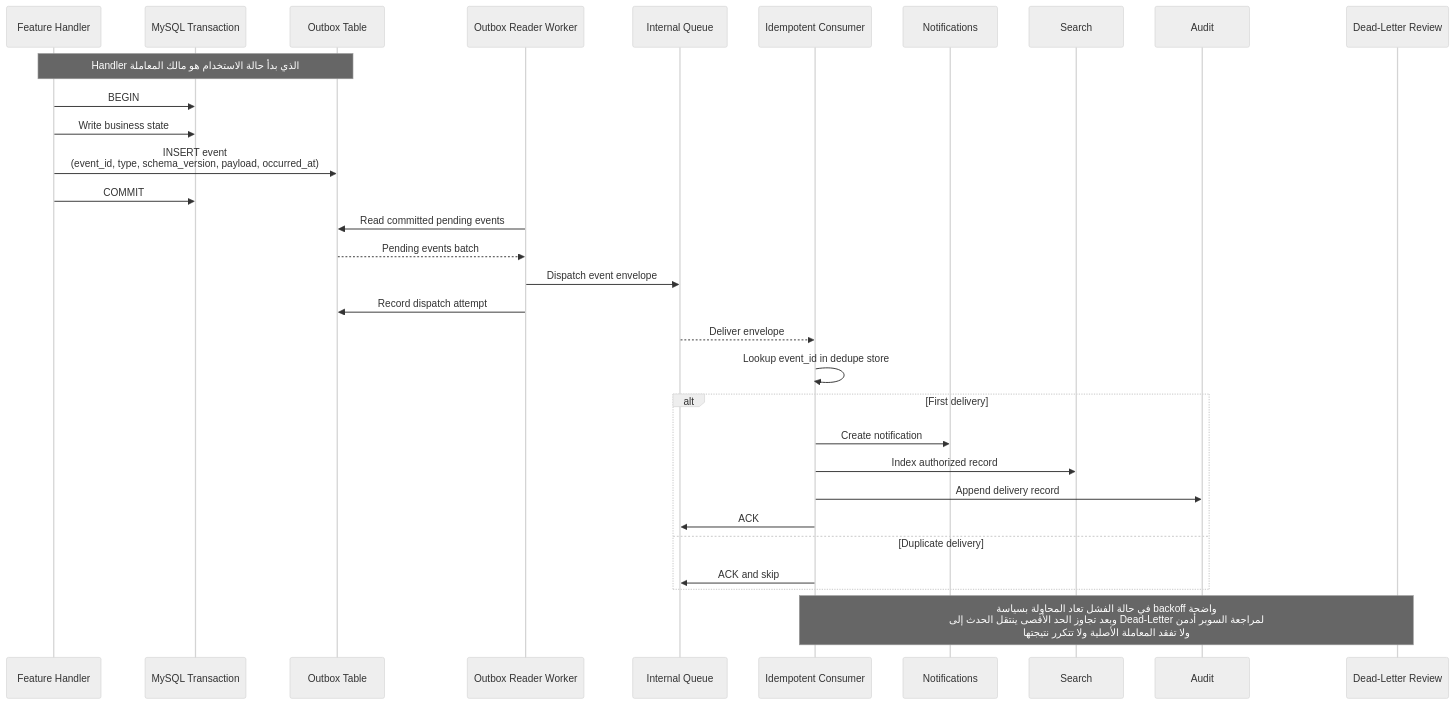
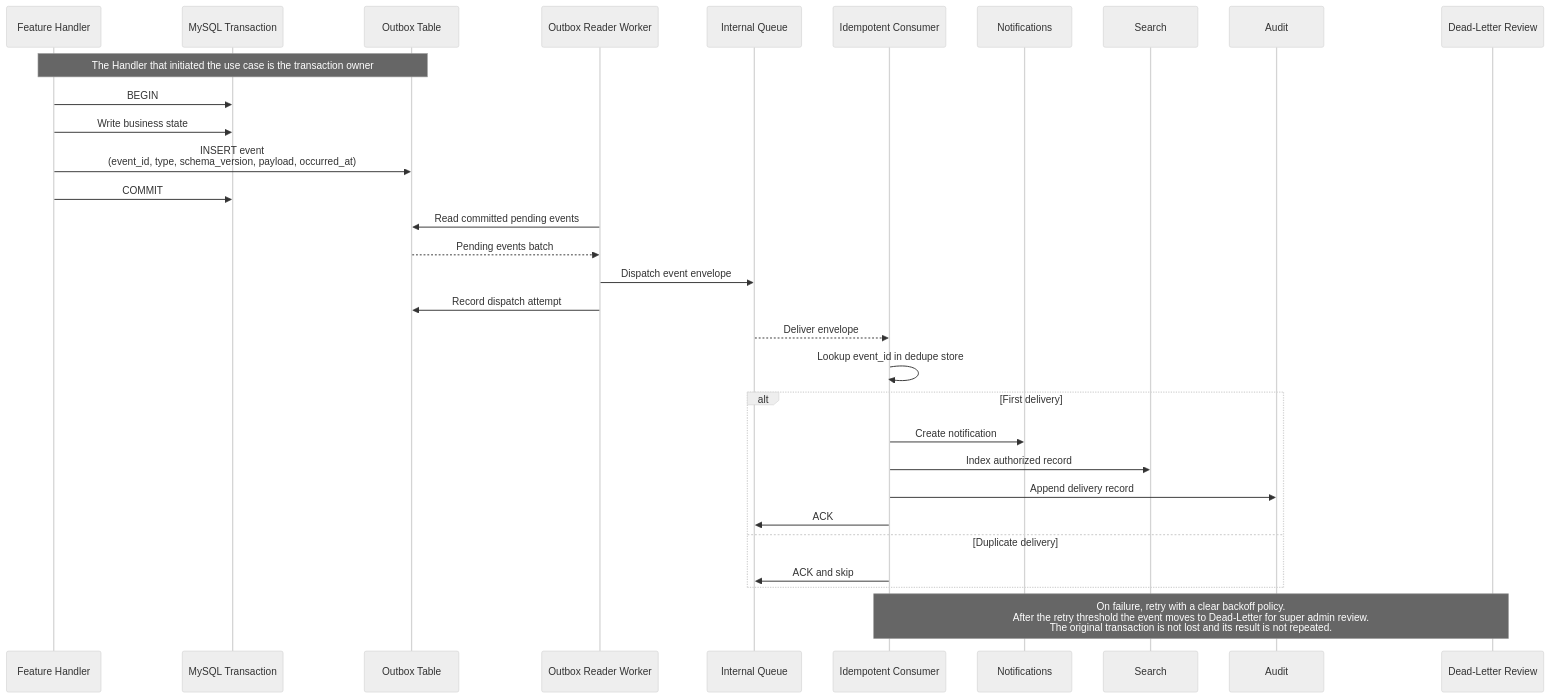
The diagram in docs/architecture/diagrams/outbox-sequence.mmd (tariiq222/cluster), drawn with Mermaid (neutral theme) before and after one commit. The commit also changed 129 other files, not shown here.

```diff
--- a/docs/architecture/diagrams/outbox-sequence.mmd
+++ b/docs/architecture/diagrams/outbox-sequence.mmd
@@ -1,35 +1,35 @@
 sequenceDiagram
     participant Handler as Feature Handler
     participant DB as MySQL Transaction
     participant Outbox as Outbox Table
     participant Reader as Outbox Reader Worker
     participant Queue as Internal Queue
     participant Consumer as Idempotent Consumer
     participant Notify as Notifications
     participant Search as Search
     participant Audit as Audit
     participant DeadLetter as Dead-Letter Review
 
-    Note over Handler,Outbox: Handler الذي بدأ حالة الاستخدام هو مالك المعاملة
+    Note over Handler,Outbox: The Handler that initiated the use case is the transaction owner
     Handler->>DB: BEGIN
     Handler->>DB: Write business state
     Handler->>Outbox: INSERT event<br/>(event_id, type, schema_version, payload, occurred_at)
     Handler->>DB: COMMIT
 
     Reader->>Outbox: Read committed pending events
     Outbox-->>Reader: Pending events batch
     Reader->>Queue: Dispatch event envelope
     Reader->>Outbox: Record dispatch attempt
 
     Queue-->>Consumer: Deliver envelope
     Consumer->>Consumer: Lookup event_id in dedupe store
     alt First delivery
         Consumer->>Notify: Create notification
         Consumer->>Search: Index authorized record
         Consumer->>Audit: Append delivery record
         Consumer->>Queue: ACK
     else Duplicate delivery
         Consumer->>Queue: ACK and skip
     end
 
-    Note over Consumer,DeadLetter: في حالة الفشل تعاد المحاولة بسياسة backoff واضحة<br/>وبعد تجاوز الحد الأقصى ينتقل الحدث إلى Dead-Letter لمراجعة السوبر أدمن<br/>ولا تفقد المعاملة الأصلية ولا تتكرر نتيجتها
+    Note over Consumer,DeadLetter: On failure, retry with a clear backoff policy.<br/>After the retry threshold the event moves to Dead-Letter for super admin review.<br/>The original transaction is not lost and its result is not repeated.
```
